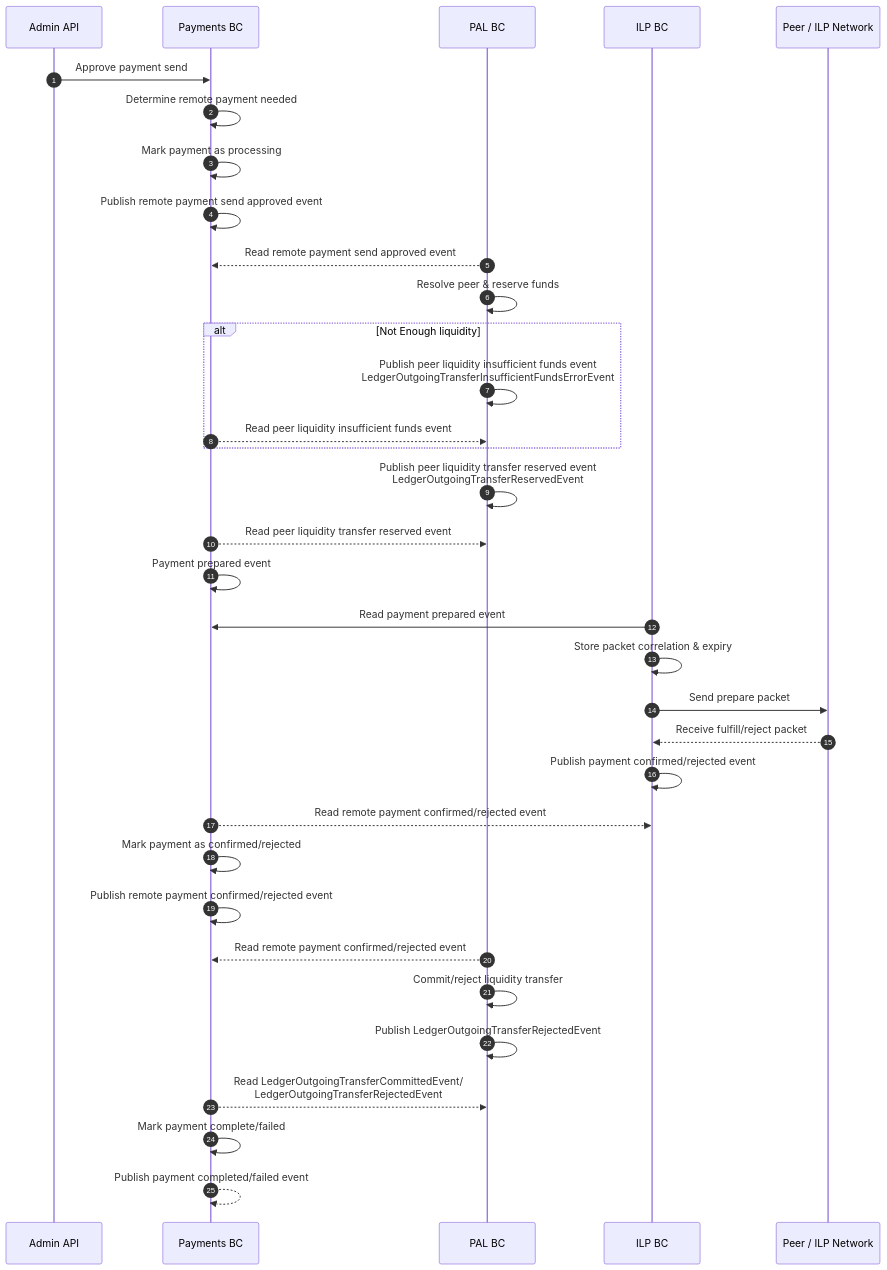
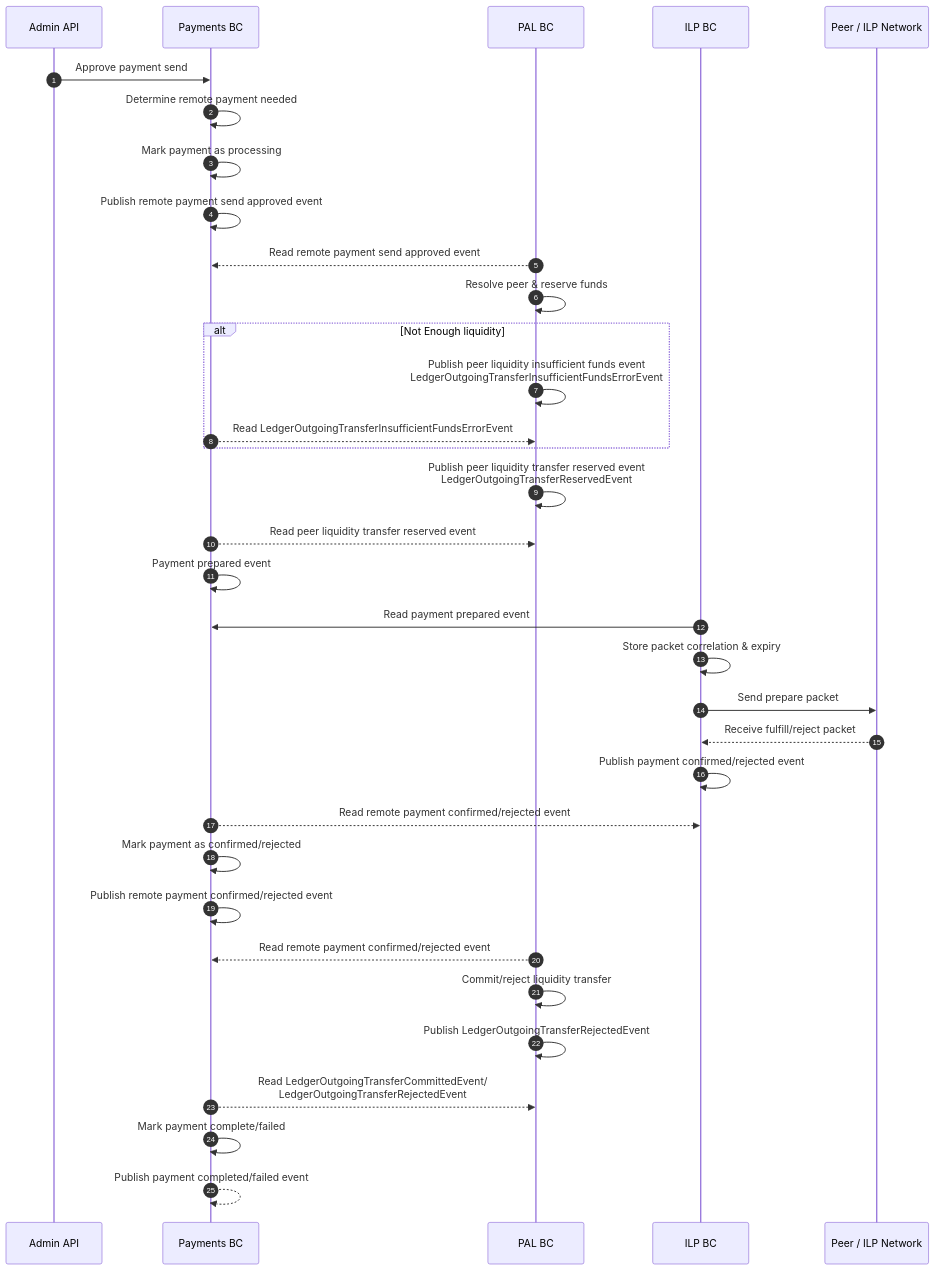
The diagram in internal-docs/sequence-diagrams/ILP/Remote Payment - Sending.md (interledger/rhyza), drawn with Mermaid before and after one commit.

Commit message:
Update internal-docs/sequence-diagrams/ILP/Remote Payment - Sending.md

````diff
--- a/internal-docs/sequence-diagrams/ILP/Remote Payment - Sending.md
+++ b/internal-docs/sequence-diagrams/ILP/Remote Payment - Sending.md
@@ -3,45 +3,45 @@
 ```mermaid
 sequenceDiagram
 	autonumber
 
     participant AAPI as Admin API
     participant PBC as Payments BC
     participant PAL as PAL BC
     participant ILPBC as ILP BC
     participant Peer as Peer / ILP Network
 
     AAPI ->> PBC: Approve payment send
     PBC ->> PBC: Determine remote payment needed
     PBC ->> PBC: Mark payment as processing
 
     PBC ->> PBC: Publish remote payment send approved event
 
     %% PBC ->> AAPI: Return payment status
 
     PAL -->> PBC: Read remote payment send approved event
     PAL ->> PAL: Resolve peer & reserve funds
 
     alt Not Enough liquidity
     PAL ->> PAL: Publish peer liquidity insufficient funds event<br>LedgerOutgoingTransferInsufficientFundsErrorEvent
-    PBC -->> PAL: Read peer liquidity insufficient funds event
+   PBC -->> PAL: Read LedgerOutgoingTransferInsufficientFundsErrorEvent
     end
     PAL ->> PAL: Publish peer liquidity transfer reserved event<br>LedgerOutgoingTransferReservedEvent
     PBC -->> PAL: Read peer liquidity transfer reserved event
     PBC ->> PBC: Payment prepared event
     ILPBC ->> PBC: Read payment prepared event
 
     ILPBC ->> ILPBC: Store packet correlation & expiry
     ILPBC ->> Peer: Send prepare packet
     Peer -->> ILPBC: Receive fulfill/reject packet
     ILPBC ->> ILPBC: Publish payment confirmed/rejected event
 
     PBC -->> ILPBC: Read remote payment confirmed/rejected event
     PBC ->> PBC: Mark payment as confirmed/rejected
     PBC ->> PBC: Publish remote payment confirmed/rejected event
     PAL -->> PBC: Read remote payment confirmed/rejected event
     PAL ->> PAL: Commit/reject liquidity transfer 
     PAL ->> PAL: Publish LedgerOutgoingTransferRejectedEvent
     PBC -->> PAL: Read LedgerOutgoingTransferCommittedEvent/<br>LedgerOutgoingTransferRejectedEvent
     PBC ->> PBC: Mark payment complete/failed
     PBC -->> PBC: Publish payment completed/failed event
 ```
````
